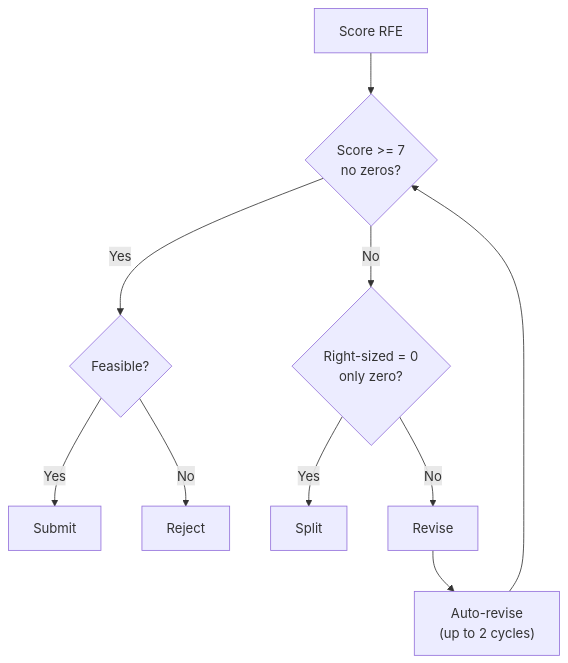
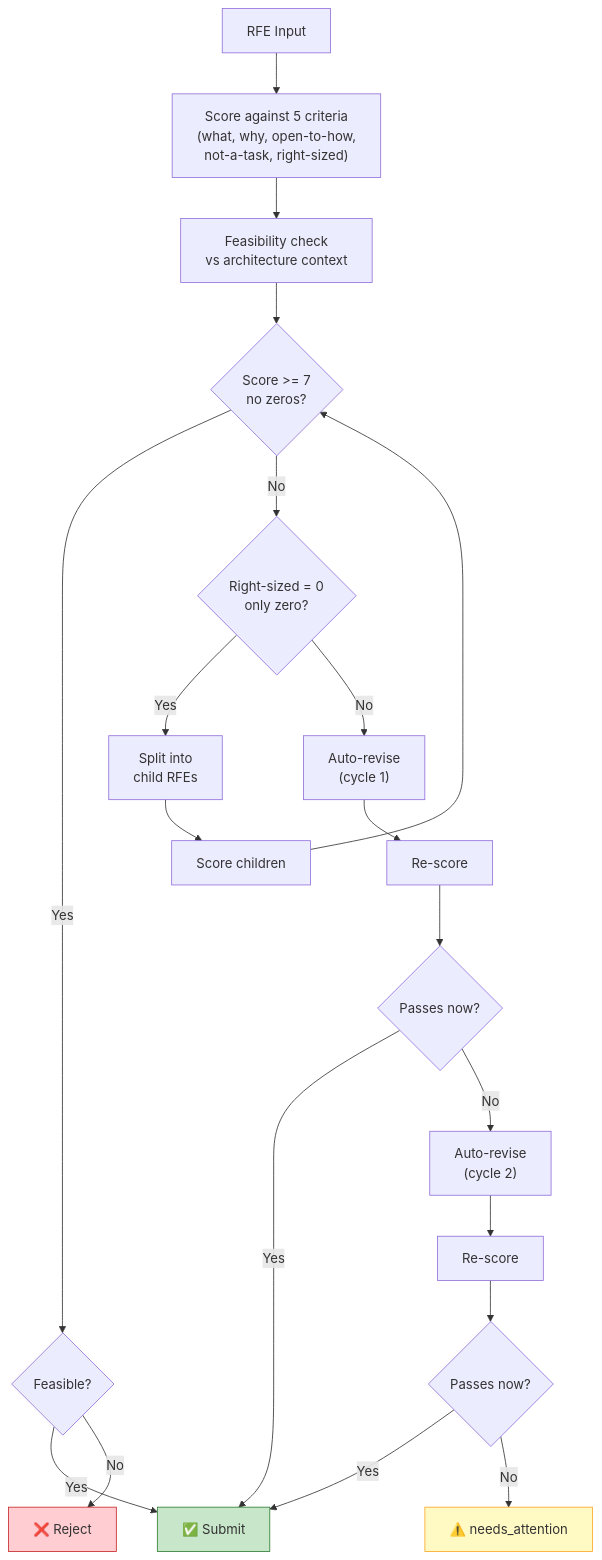
Before and after one commit to ederign/strat-creator: the diagram in docs/pipeline-stages/rfe-assessment.md, drawn with Mermaid. The commit also changed 5 other files, not shown here.

First line of the commit message:
docs: align theme with Red Hat docs pattern, add richer diagrams

````diff
--- a/docs/pipeline-stages/rfe-assessment.md
+++ b/docs/pipeline-stages/rfe-assessment.md
@@ -36,12 +36,29 @@
 ```mermaid
 flowchart TD
-    A["Score RFE"] --> B{Score >= 7\nno zeros?}
-    B -->|Yes| C{Feasible?}
-    C -->|Yes| D["Submit"]
-    C -->|No| E["Reject"]
-    B -->|No| F{Right-sized = 0\nonly zero?}
-    F -->|Yes| G["Split"]
-    F -->|No| H["Revise"]
-    H --> I["Auto-revise\n(up to 2 cycles)"]
-    I --> B
+    A["RFE Input"] --> B["Score against 5 criteria\n(what, why, open-to-how,\nnot-a-task, right-sized)"]
+    B --> C["Feasibility check\nvs architecture context"]
+    C --> D{Score >= 7\nno zeros?}
+    
+    D -->|Yes| E{Feasible?}
+    E -->|Yes| F["✅ Submit"]
+    E -->|No| G["❌ Reject"]
+    
+    D -->|No| H{Right-sized = 0\nonly zero?}
+    H -->|Yes| I["Split into\nchild RFEs"]
+    I --> J["Score children"]
+    J --> D
+    
+    H -->|No| K["Auto-revise\n(cycle 1)"]
+    K --> L["Re-score"]
+    L --> M{Passes now?}
+    M -->|Yes| F
+    M -->|No| N["Auto-revise\n(cycle 2)"]
+    N --> O["Re-score"]
+    O --> P{Passes now?}
+    P -->|Yes| F
+    P -->|No| Q["⚠️ needs_attention"]
+
+    style F fill:#c8e6c9,stroke:#2e7d32
+    style G fill:#ffcdd2,stroke:#c62828
+    style Q fill:#fff9c4,stroke:#f9a825
 ```
````
